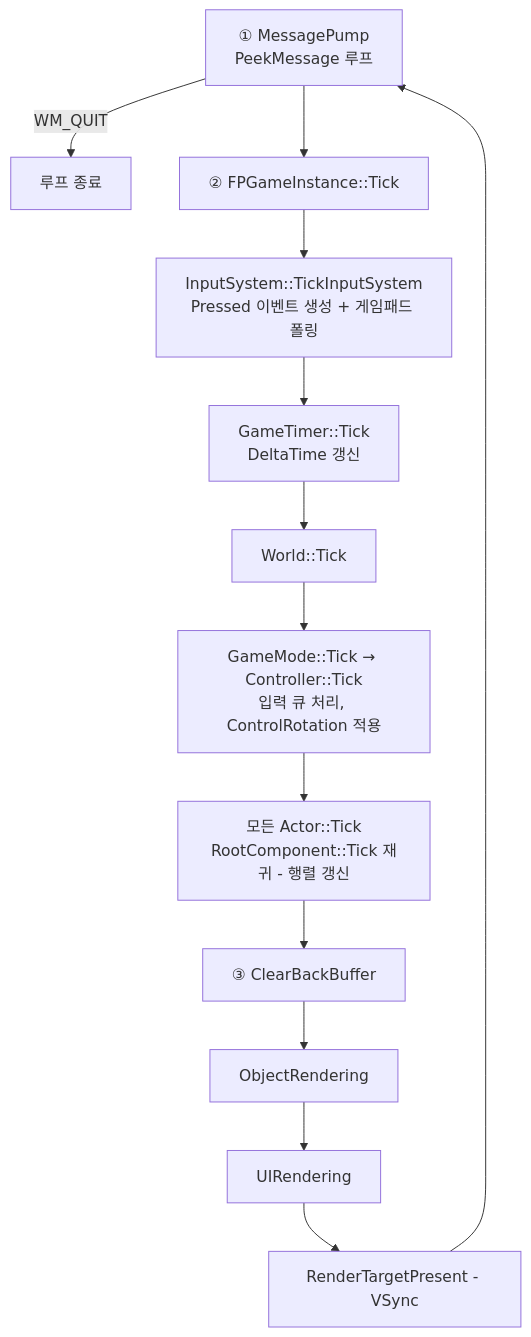
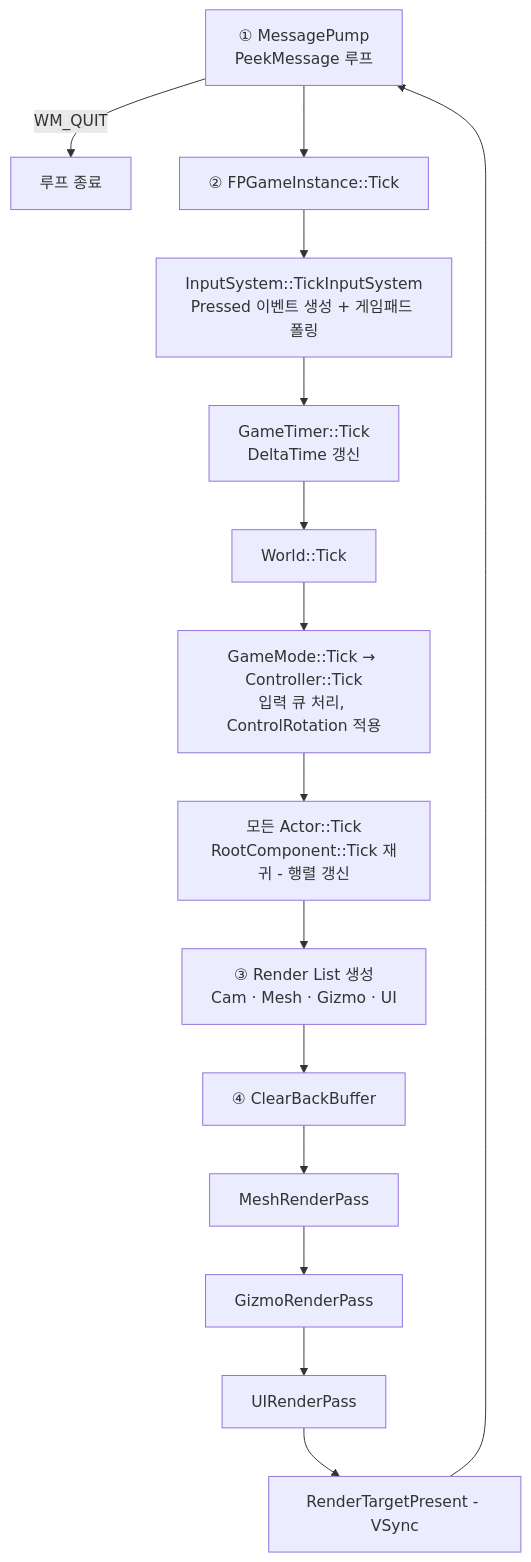
One commit to Gat-Young/ForestPearlEngine changed the fourth of 11 diagrams in README.md. Above: the diagram before and after it, drawn with Mermaid. The commit also changed other lines of this file and 2 other files, not shown here.

````diff
--- a/README.md
+++ b/README.md
@@ -405,15 +420,17 @@
 ```mermaid
 flowchart TD
     A["① MessagePump<br/>PeekMessage 루프"] -->|"WM_QUIT"| Z["루프 종료"]
     A --> B["② FPGameInstance::Tick"]
     B --> B1["InputSystem::TickInputSystem<br/>Pressed 이벤트 생성 + 게임패드 폴링"]
     B1 --> B2["GameTimer::Tick<br/>DeltaTime 갱신"]
     B2 --> B3["World::Tick"]
     B3 --> B4["GameMode::Tick → Controller::Tick<br/>입력 큐 처리, ControlRotation 적용"]
     B4 --> B5["모든 Actor::Tick<br/>RootComponent::Tick 재귀 - 행렬 갱신"]
-    B5 --> C["③ ClearBackBuffer"]
-    C --> D["ObjectRendering"]
-    D --> E["UIRendering"]
+    B5 --> R["③ Render List 생성<br/>Cam · Mesh · Gizmo · UI"]
+    R --> C["④ ClearBackBuffer"]
+    C --> D["MeshRenderPass"]
+    D --> G["GizmoRenderPass"]
+    G --> E["UIRenderPass"]
     E --> F["RenderTargetPresent - VSync"]
     F --> A
 ```
````
